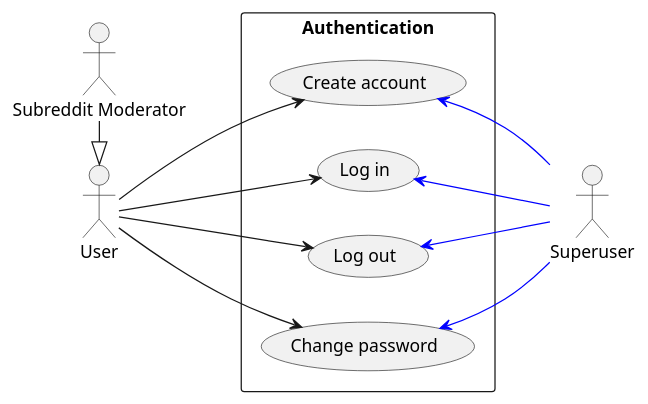
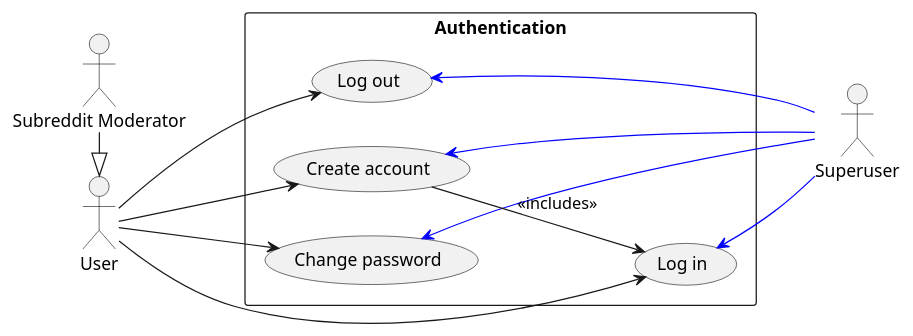
One commit to Huy-Ngo/reddit-design changed the diagram in use_case_auth.puml. Above: the diagram before and after it, drawn with PlantUML.

Commit message:
Include login in creating account, resolve #2

```diff
--- a/use_case_auth.puml
+++ b/use_case_auth.puml
@@ -1,26 +1,28 @@
 @startuml
 skinparam packageStyle rectangle
 left to right direction
 actor "User" as user
 actor "Subreddit Moderator" as mod
 actor "Superuser" as su
 mod -|> user
 
 rectangle "Authentication" as auth {
   usecase "Create account" as acc_create
   usecase "Log in" as login
   usecase "Log out" as logout
   usecase "Change password" as pwd_change
 }
 
 user --> acc_create
 user --> login
 user --> logout
 user --> pwd_change
 
 acc_create  <-[#blue]- su
 login       <-[#blue]- su
 logout      <-[#blue]- su
 pwd_change  <-[#blue]- su
 
+acc_create --> login : <<includes>>
+
 @enduml
```
